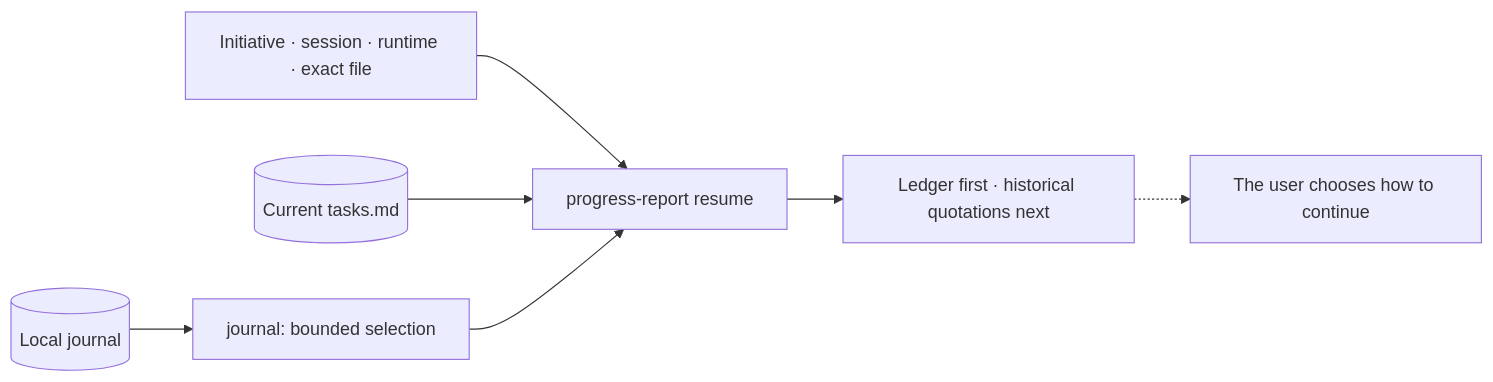
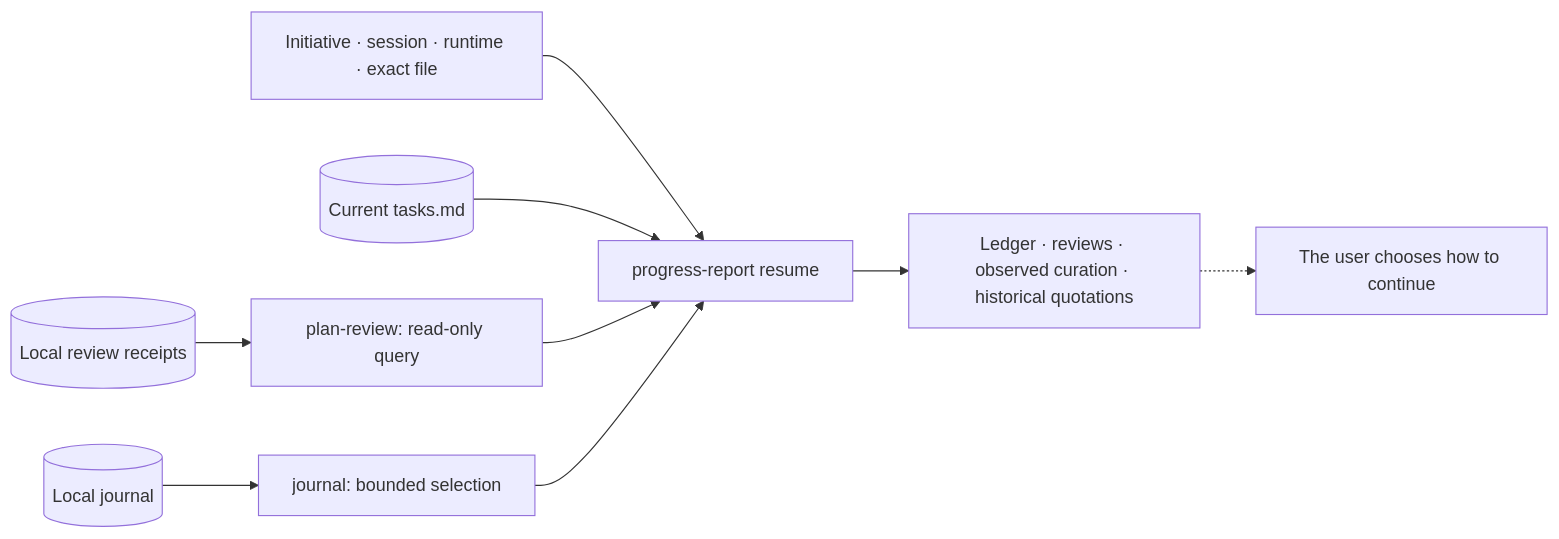
The sixth of 24 diagrams in docs/en/FLOWS.md (daycry/custom-agents), drawn with Mermaid before and after one commit. The commit also changed other lines of this file and 106 other files, not shown here.

````diff
--- a/docs/en/FLOWS.md
+++ b/docs/en/FLOWS.md
@@ -112,9 +140,11 @@
 ```mermaid
 flowchart LR
   Selector[Initiative · session · runtime · exact file] --> Resume[progress-report resume]
   Tasks[(Current tasks.md)] --> Resume
+  Reviews[(Local review receipts)] --> Observe[plan-review: read-only query]
+  Observe --> Resume
   Journal[(Local journal)] --> Select[journal: bounded selection]
   Select --> Resume
-  Resume --> View[Ledger first · historical quotations next]
+  Resume --> View[Ledger · reviews · observed curation · historical quotations]
   View -.-> Decision[The user chooses how to continue]
 ```
````
